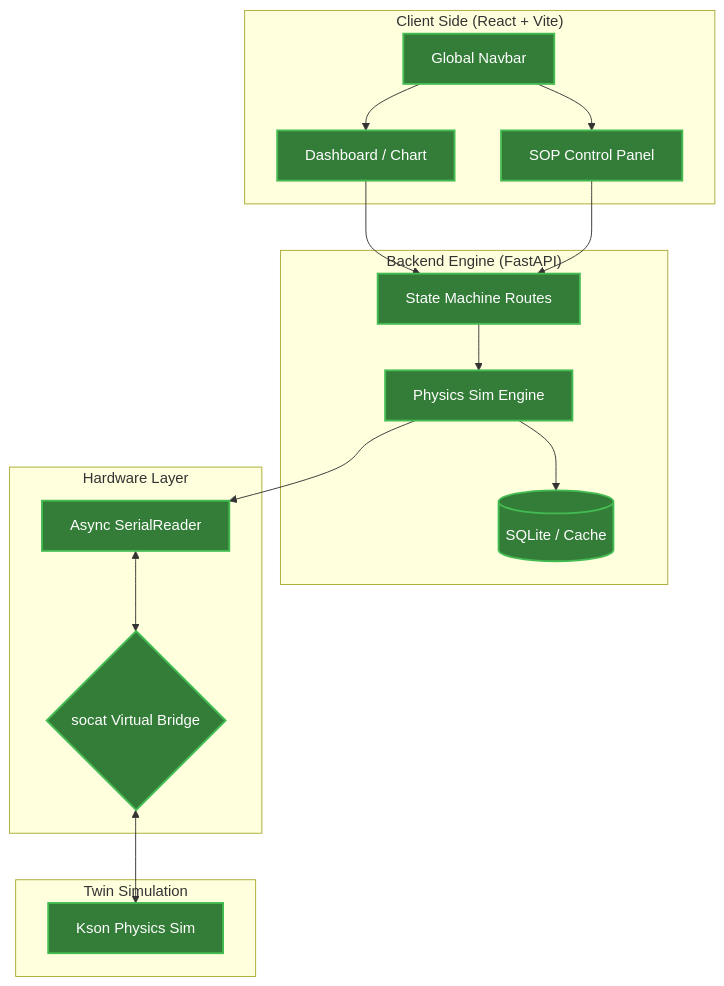
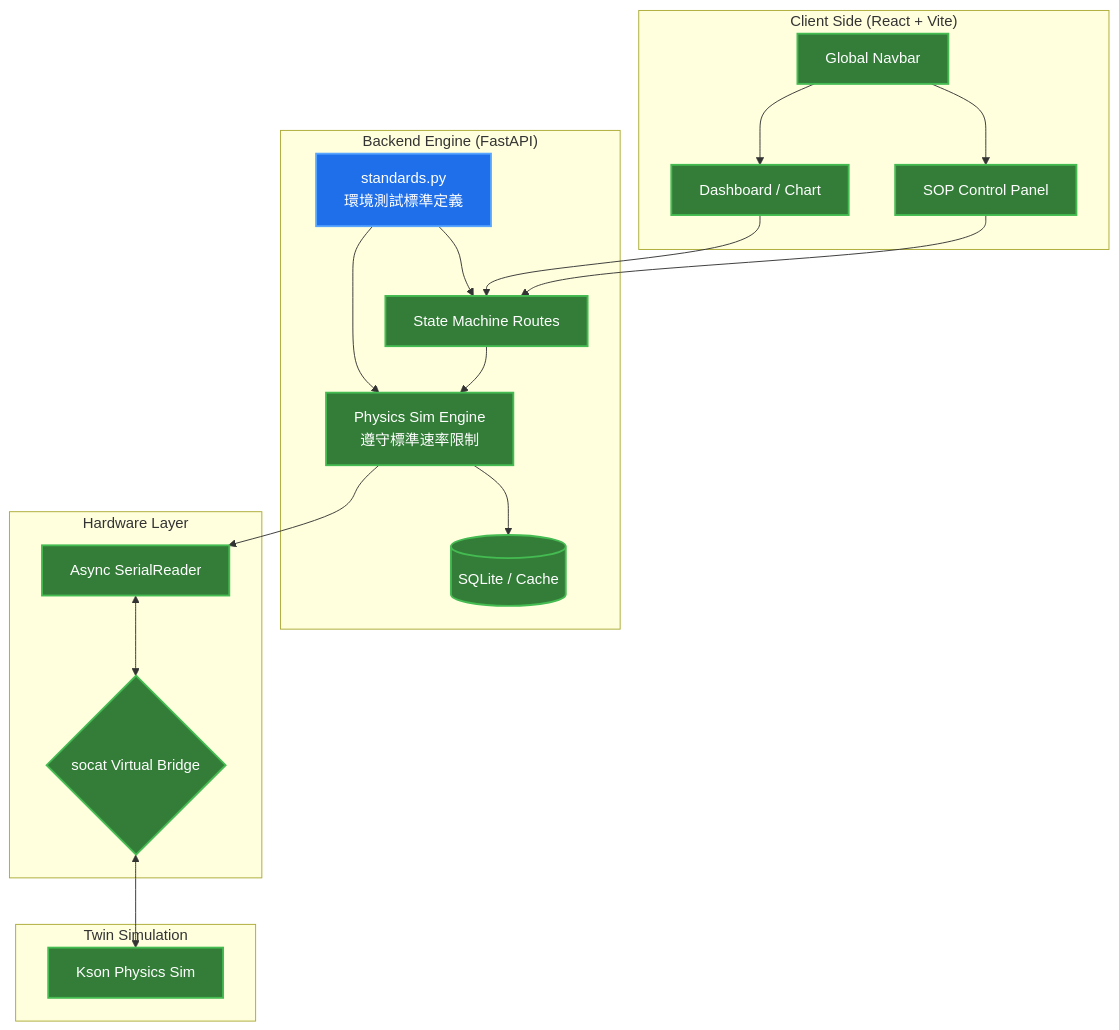
Before and after one commit to tsaishengsheng-sketch/dqa-lab-digital-twin: the diagram in README.md, drawn with Mermaid. The commit also changed other lines of this file, not shown here.

Commit message:
docs: update README with environmental testing standards

````diff
--- a/README.md
+++ b/README.md
@@ -17,37 +28,40 @@
 ```mermaid
 graph TD
     classDef default fill:#2d333b,stroke:#adbac7,color:#adbac7,stroke-width:1px;
     classDef highlight fill:#347d39,stroke:#44bc51,color:#fff,stroke-width:2px;
+    classDef standard fill:#1f6feb,stroke:#58a6ff,color:#fff,stroke-width:2px;
 
     subgraph "Client Side (React + Vite)"
         Nav[Global Navbar]
         A[Dashboard / Chart]
         B[SOP Control Panel]
         Nav --> A & B
     end
 
     subgraph "Backend Engine (FastAPI)"
+        STD["standards.py<br/>環境測試標準定義"]
         D[State Machine Routes]
-        E[Physics Sim Engine]
+        E["Physics Sim Engine<br/>遵守標準速率限制"]
         F[(SQLite / Cache)]
+        STD --> D & E
         D --> E
         E --> F
     end
 
     subgraph "Hardware Layer"
         G[Async SerialReader]
         H{socat Virtual Bridge}
     end
 
     subgraph "Twin Simulation"
         I[Kson Physics Sim]
     end
 
     A & B --> D
     E --> G
     G <--> H
     H <--> I
 
-    class Nav,A,B,C,D,E,F,G,H,I highlight;
-
+    class Nav,A,B,D,E,F,G,H,I highlight;
+    class STD standard;
 ```
````
